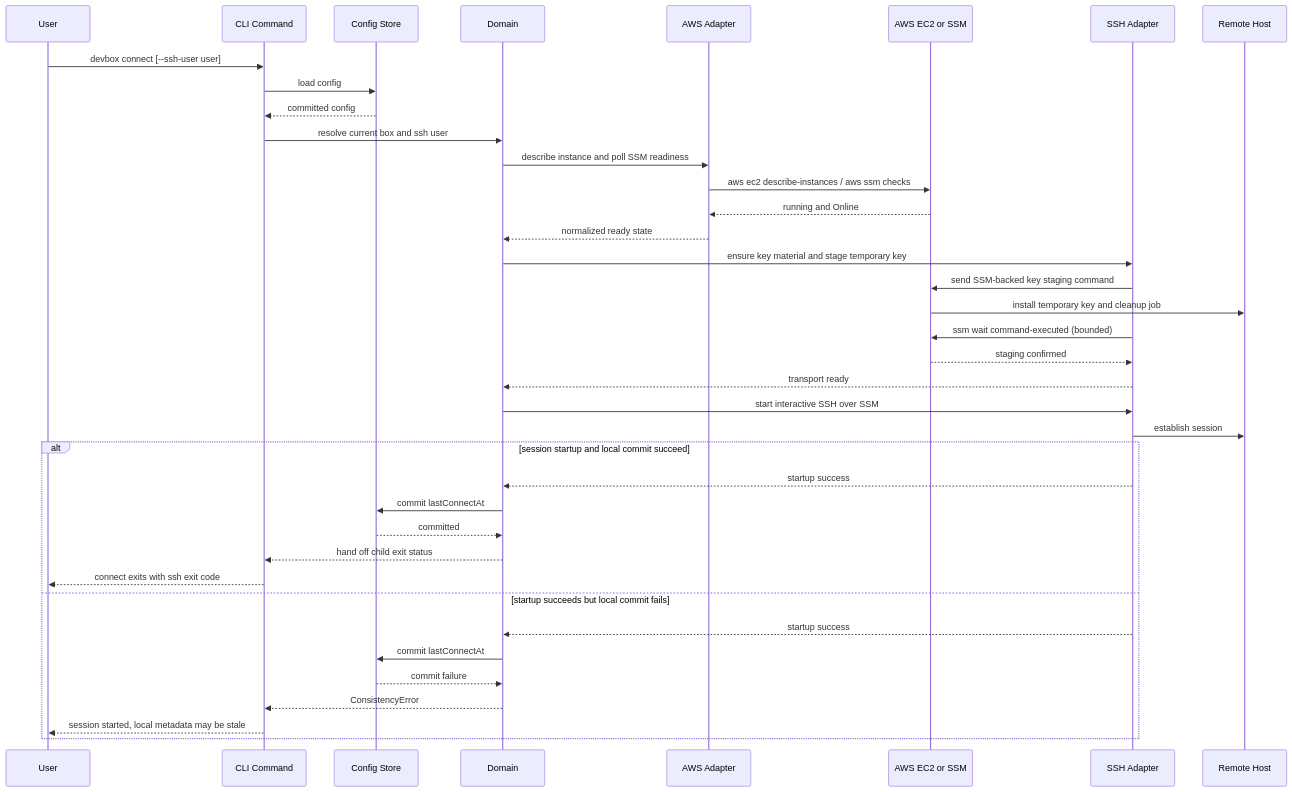
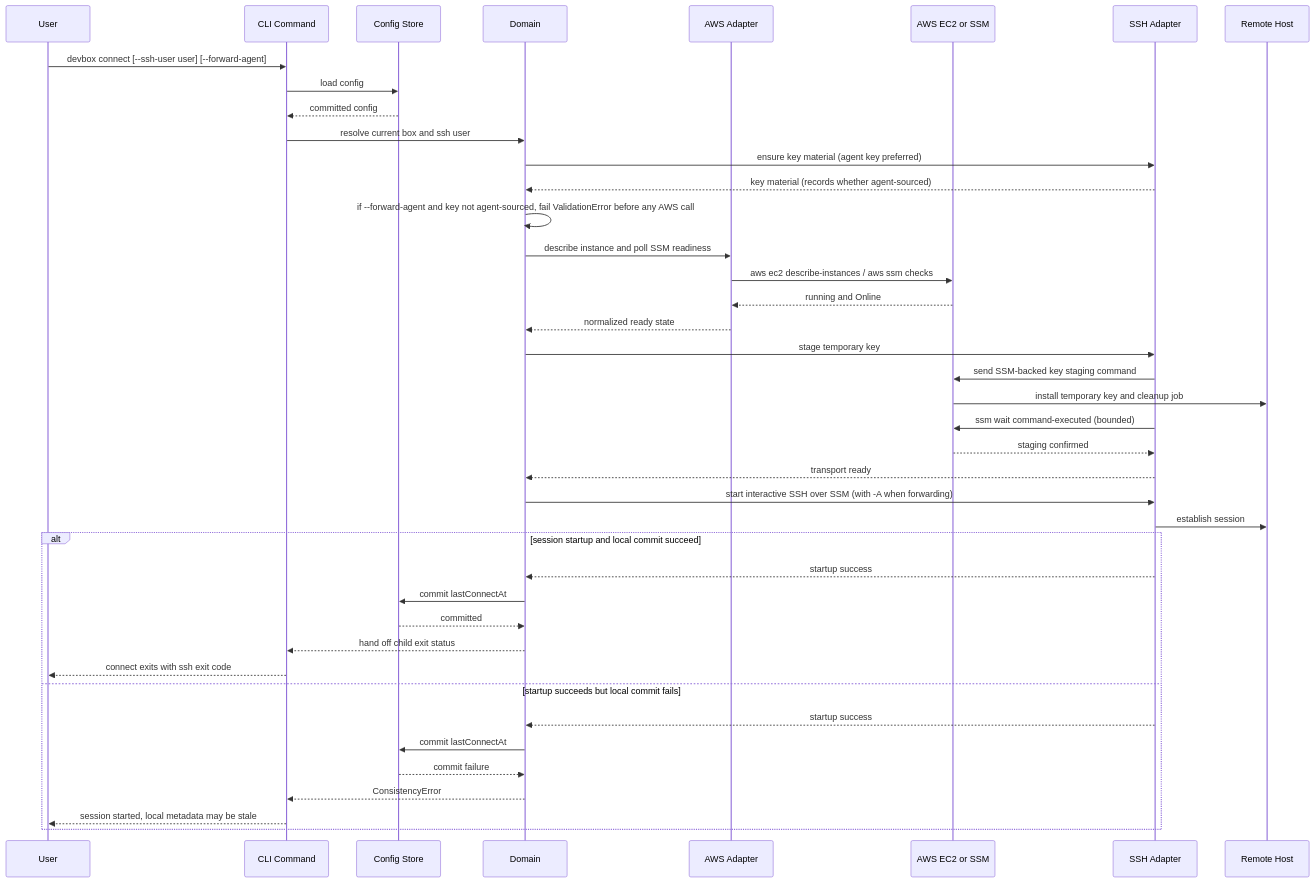
Before and after one commit to ohpauleez/devbox: diagram 16 of 18 in docs/design.md, drawn with Mermaid. The commit also changed other lines of this file and 3 other files, not shown here.

````diff
--- a/docs/design.md
+++ b/docs/design.md
@@ -1109,41 +1126,44 @@
 ```mermaid
 sequenceDiagram
     participant U as User
     participant C as CLI Command
     participant S as Config Store
     participant D as Domain
     participant A as AWS Adapter
     participant EC2 as AWS EC2 or SSM
     participant SSH as SSH Adapter
     participant H as Remote Host
 
-    U->>C: devbox connect [--ssh-user user]
+    U->>C: devbox connect [--ssh-user user] [--forward-agent]
     C->>S: load config
     S-->>C: committed config
     C->>D: resolve current box and ssh user
+    D->>SSH: ensure key material (agent key preferred)
+    SSH-->>D: key material (records whether agent-sourced)
+    D->>D: if --forward-agent and key not agent-sourced, fail ValidationError before any AWS call
     D->>A: describe instance and poll SSM readiness
     A->>EC2: aws ec2 describe-instances / aws ssm checks
     EC2-->>A: running and Online
     A-->>D: normalized ready state
-    D->>SSH: ensure key material and stage temporary key
+    D->>SSH: stage temporary key
     SSH->>EC2: send SSM-backed key staging command
     EC2->>H: install temporary key and cleanup job
     SSH->>EC2: ssm wait command-executed (bounded)
     EC2-->>SSH: staging confirmed
     SSH-->>D: transport ready
-    D->>SSH: start interactive SSH over SSM
+    D->>SSH: start interactive SSH over SSM (with -A when forwarding)
     SSH->>H: establish session
     alt session startup and local commit succeed
         SSH-->>D: startup success
         D->>S: commit lastConnectAt
         S-->>D: committed
         D-->>C: hand off child exit status
         C-->>U: connect exits with ssh exit code
     else startup succeeds but local commit fails
         SSH-->>D: startup success
         D->>S: commit lastConnectAt
         S-->>D: commit failure
         D-->>C: ConsistencyError
         C-->>U: session started, local metadata may be stale
     end
 ```
````
